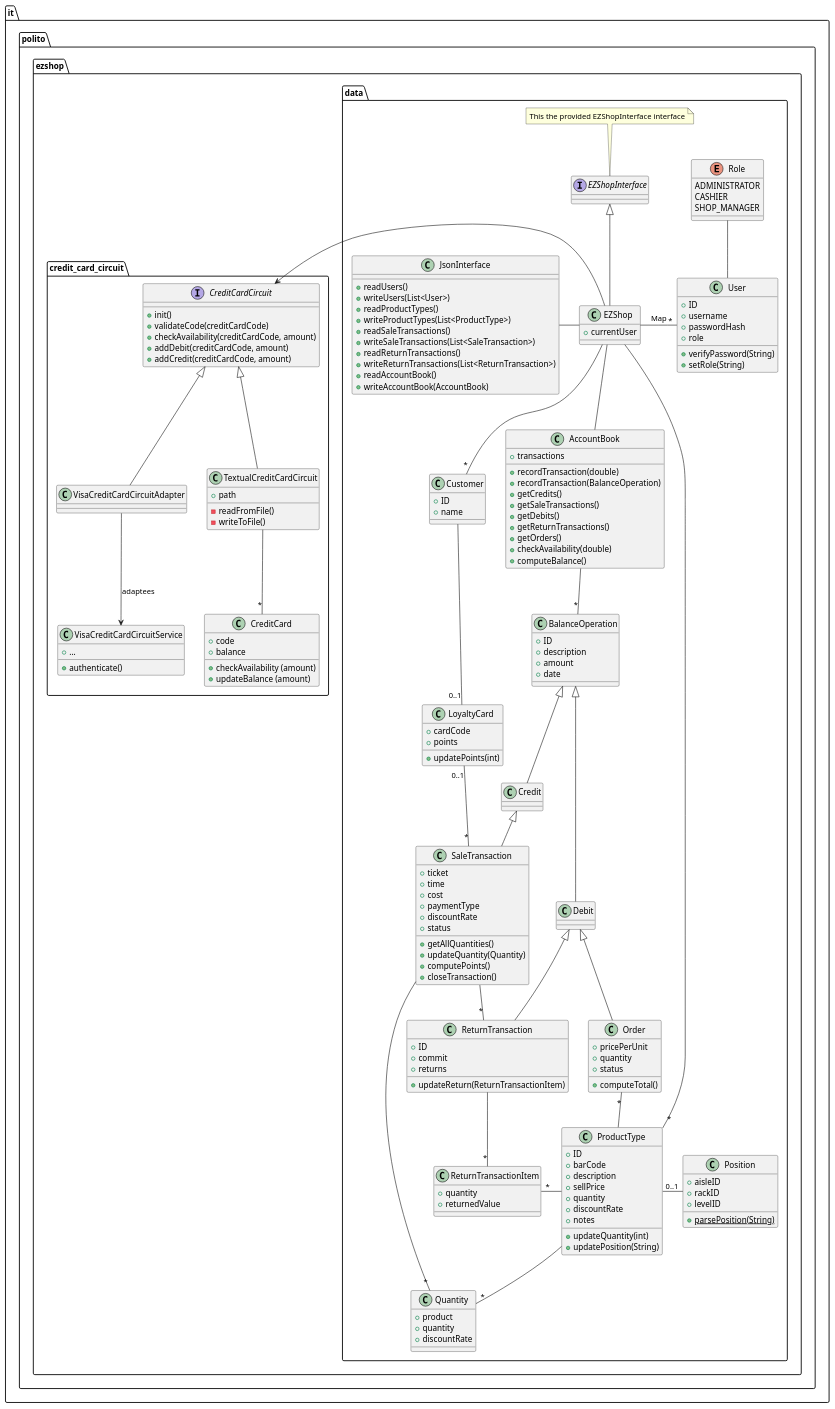
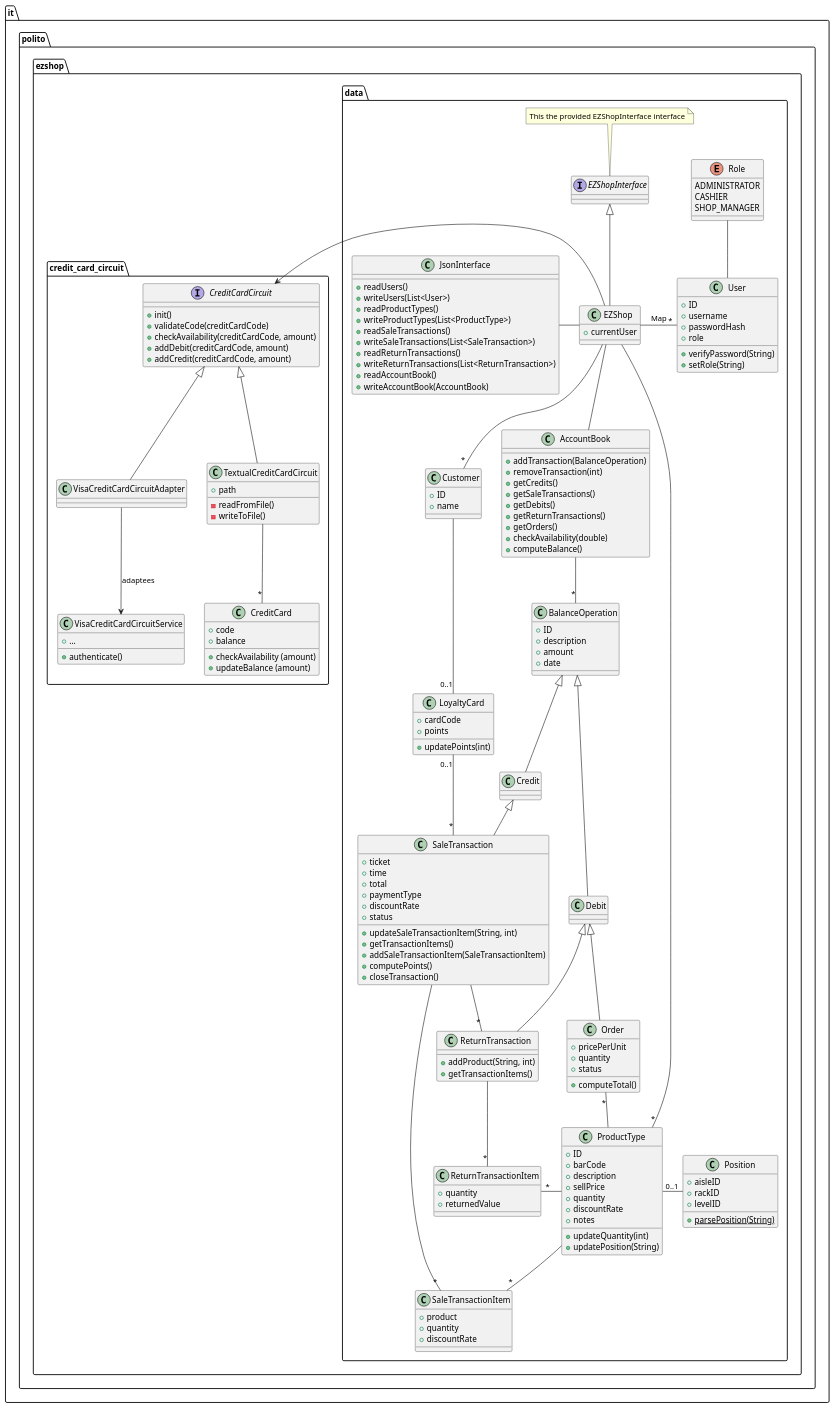
Before and after one commit to polito-se2-21-r03/se1-ezshop: the third of 13 diagrams in Deliverables/DesignDocument.md, drawn with PlantUML. The commit also changed other lines of this file, not shown here.

Commit message:
Add minor improvments to low level design UML

```diff
--- a/Deliverables/DesignDocument.md
+++ b/Deliverables/DesignDocument.md
@@ -203,35 +203,34 @@
 class SaleTransaction {
     + ticket
     + time
-    + cost
+    + total
     + paymentType /' cash or cc '/
     + discountRate
     + status /' open/close '/
-    + getAllQuantities() /' Set<Quantity> '/
-    + updateQuantity(Quantity)
+    + updateSaleTransactionItem(String, int)
+    + getTransactionItems()
+    + addSaleTransactionItem(SaleTransactionItem)
     + computePoints()
     + closeTransaction()
 }
 
-class Quantity {
+class SaleTransactionItem {
     + product
     + quantity
     + discountRate
 }
 
-SaleTransaction -right- "*" Quantity
+SaleTransaction -right- "*" SaleTransactionItem
 
-/' (SaleTransaction, ProductType)  .. Quantity '/
+/' (SaleTransaction, ProductType)  .. SaleTransactionItem  '/
 
 SaleTransaction "*" -up- "0..1" LoyaltyCard
 
-Quantity "*" -up- ProductType
+SaleTransactionItem "*" -up- ProductType
 
 class ReturnTransaction {
-    + ID
-    + commit
-    + returns /' HashSet<ReturnTransactionItem> '/
-    + updateReturn(ReturnTransactionItem)
+    + addProduct(String, int)
+    + getTransactionItems()
 }
 
 class ReturnTransactionItem {
@@ -245,9 +244,8 @@
 ReturnTransactionItem "*" -right- ProductType
 
 class AccountBook {
-    + transactions
-    + recordTransaction(double)
-    + recordTransaction(BalanceOperation)
+    + addTransaction(BalanceOperation)
+    + removeTransaction(int)
     + getCredits()
     + getSaleTransactions()
     + getDebits()
```
